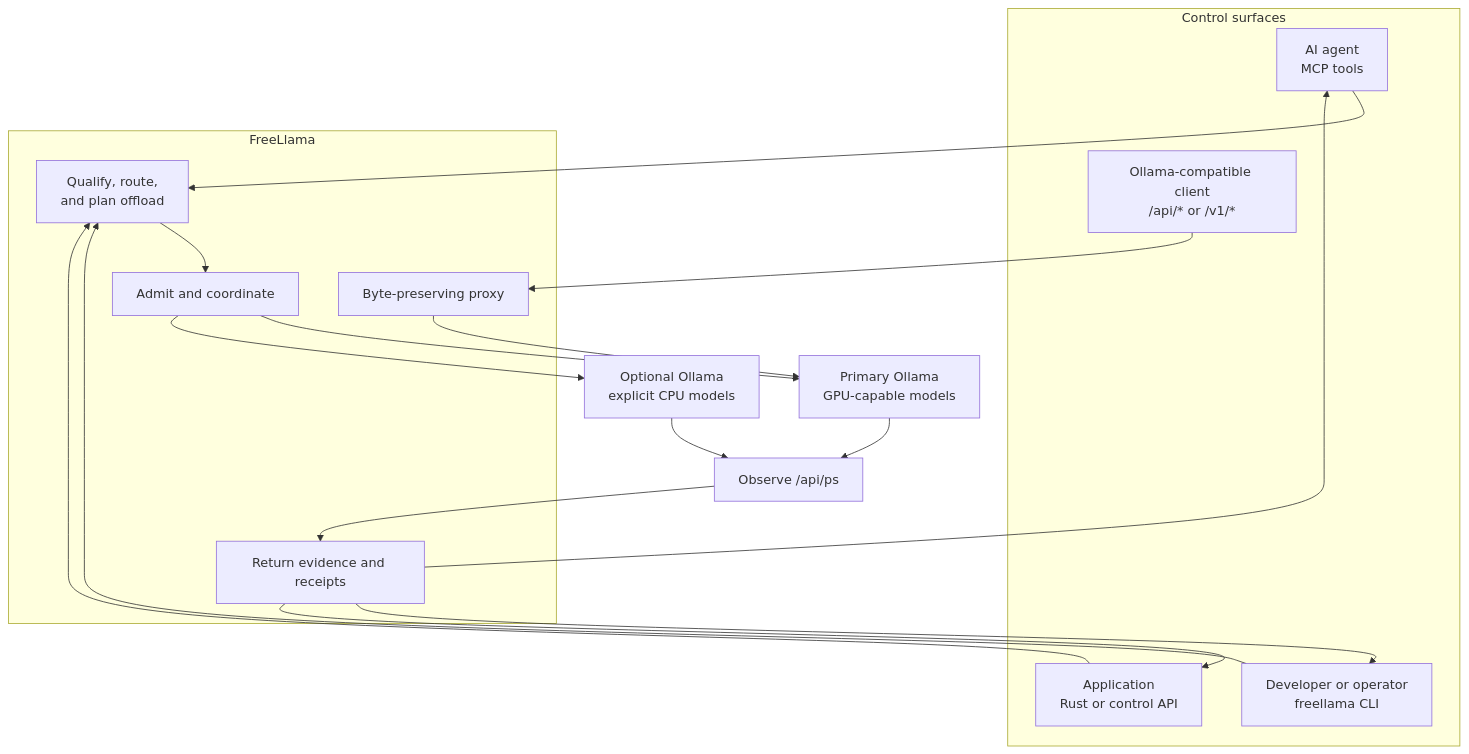
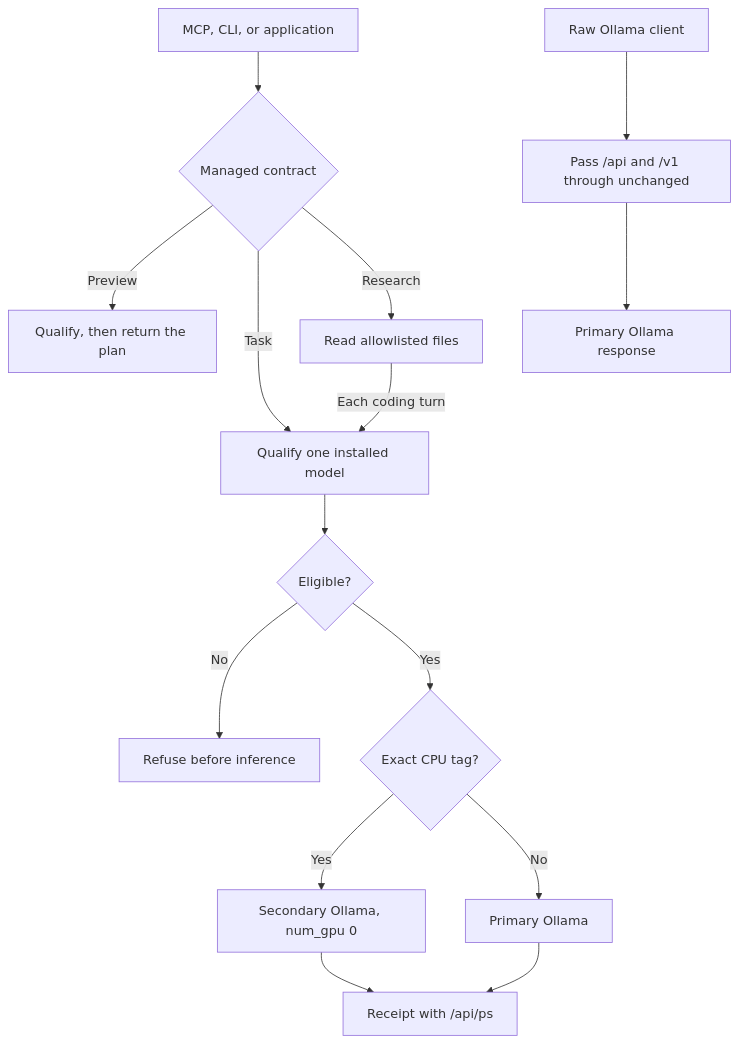
Before and after one commit to bgauryy/FreeLlama: the first of 4 diagrams in README.md, drawn with Mermaid. The commit also changed other lines of this file and 125 other files, not shown here.

````diff
--- a/README.md
+++ b/README.md
@@ -20,32 +22,20 @@
 ```mermaid
-flowchart TB
-    subgraph callers["Control surfaces"]
-        AGENT["AI agent<br/>MCP tools"]
-        OP["Developer or operator<br/>freellama CLI"]
-        APP["Application<br/>Rust or control API"]
-        RAW["Ollama-compatible client<br/>/api/* or /v1/*"]
-    end
+flowchart TD
+    CALL["MCP, CLI, or application"] --> KIND{"Managed contract"}
+    RAW["Raw Ollama client"] --> PROXY["Pass /api and /v1 through unchanged"]
 
-    subgraph free["FreeLlama"]
-        DECIDE["Qualify, route,<br/>and plan offload"]
-        ADMIT["Admit and coordinate"]
-        VERIFY["Return evidence and receipts"]
-        PROXY["Byte-preserving proxy"]
-    end
+    KIND -->|"Preview"| PLAN["Qualify, then return the plan"]
+    KIND -->|"Task"| ROUTE["Qualify one installed model"]
+    KIND -->|"Research"| ADAPT["Read allowlisted files"]
+    ADAPT -->|"Each coding turn"| ROUTE
 
-    GPU["Primary Ollama<br/>GPU-capable models"]
-    CPU["Optional Ollama<br/>explicit CPU models"]
+    ROUTE --> OK{"Eligible?"}
+    OK -->|"No"| STOP["Refuse before inference"]
+    OK -->|"Yes"| TAG{"Exact CPU tag?"}
+    TAG -->|"Yes"| CPU["Secondary Ollama, num_gpu 0"]
+    TAG -->|"No"| PRI["Primary Ollama"]
+    PROXY --> UP["Primary Ollama response"]
 
-    AGENT --> DECIDE
-    OP --> DECIDE
-    APP --> DECIDE
-    DECIDE --> ADMIT
-    ADMIT --> GPU
-    ADMIT --> CPU
-    GPU --> OBSERVE["Observe /api/ps"] --> VERIFY
-    CPU --> OBSERVE
-    VERIFY --> AGENT
-    VERIFY --> OP
-    VERIFY --> APP
-    RAW --> PROXY --> GPU
+    CPU --> REC["Receipt with /api/ps"]
+    PRI --> REC
 ```
````
